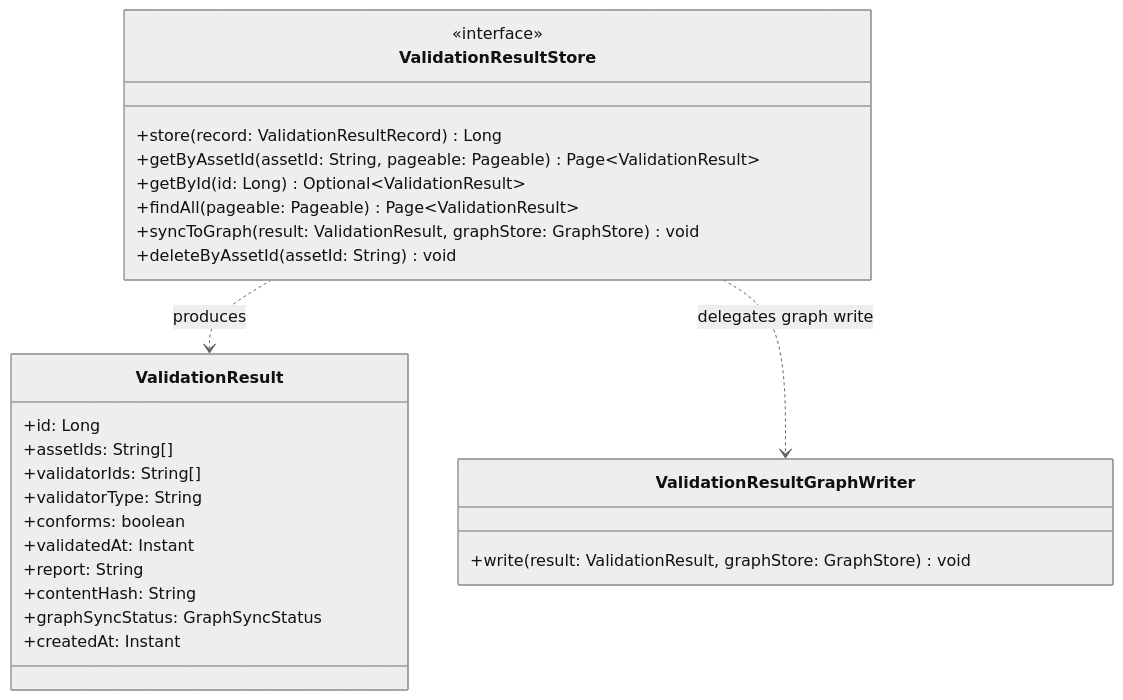
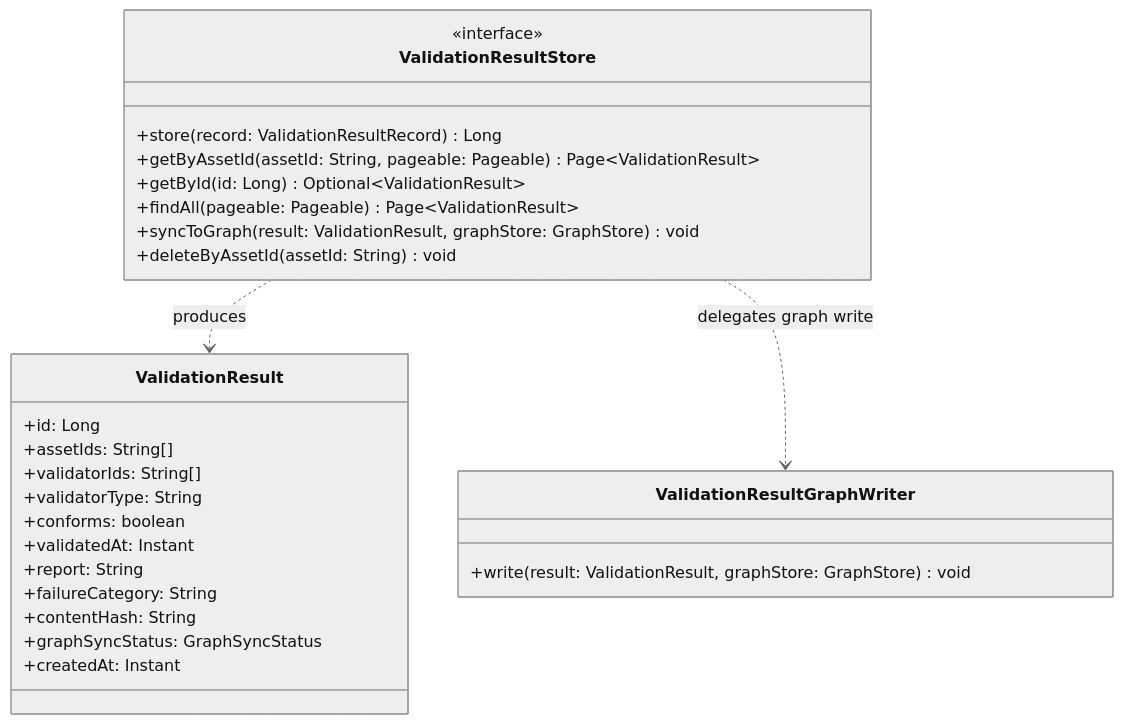
Before and after one commit to eclipse-xfsc/docs: the seventh of 12 diagrams in federated-catalogue/src/docs/architecture/chapters/05_building_block_view.adoc, drawn with Mermaid (neutral theme). The commit also changed other lines of this file and 1 other file, not shown here.

```diff
--- a/federated-catalogue/src/docs/architecture/chapters/05_building_block_view.adoc
+++ b/federated-catalogue/src/docs/architecture/chapters/05_building_block_view.adoc
@@ -1099,30 +1099,31 @@
 [mermaid, width=2000]
 ....
 classDiagram
     class ValidationResultStore {
         <<interface>>
         +store(record: ValidationResultRecord) Long
         +getByAssetId(assetId: String, pageable: Pageable) Page~ValidationResult~
         +getById(id: Long) Optional~ValidationResult~
         +findAll(pageable: Pageable) Page~ValidationResult~
         +syncToGraph(result: ValidationResult, graphStore: GraphStore) void
         +deleteByAssetId(assetId: String) void
     }
     class ValidationResultGraphWriter {
         +write(result: ValidationResult, graphStore: GraphStore) void
     }
     class ValidationResult {
         +id: Long
         +assetIds: String[]
         +validatorIds: String[]
         +validatorType: String
         +conforms: boolean
         +validatedAt: Instant
         +report: String
+        +failureCategory: String
         +contentHash: String
         +graphSyncStatus: GraphSyncStatus
         +createdAt: Instant
     }
     ValidationResultStore ..> ValidationResult : produces
     ValidationResultStore ..> ValidationResultGraphWriter : delegates graph write
 ....
```
